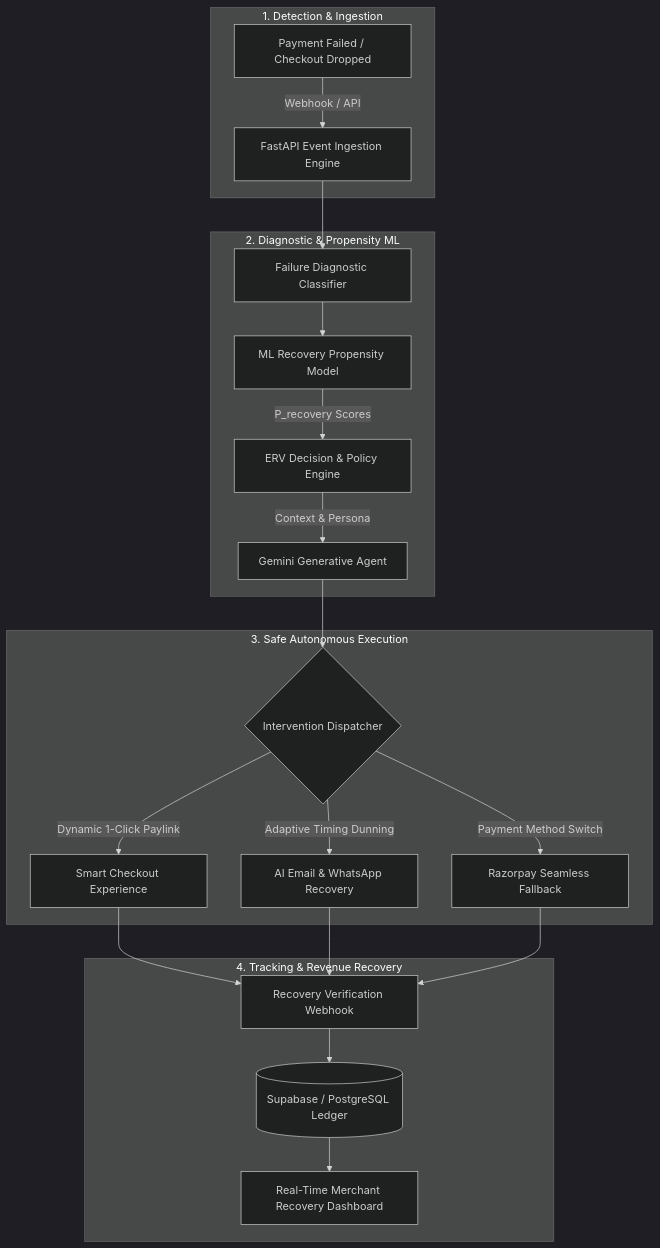
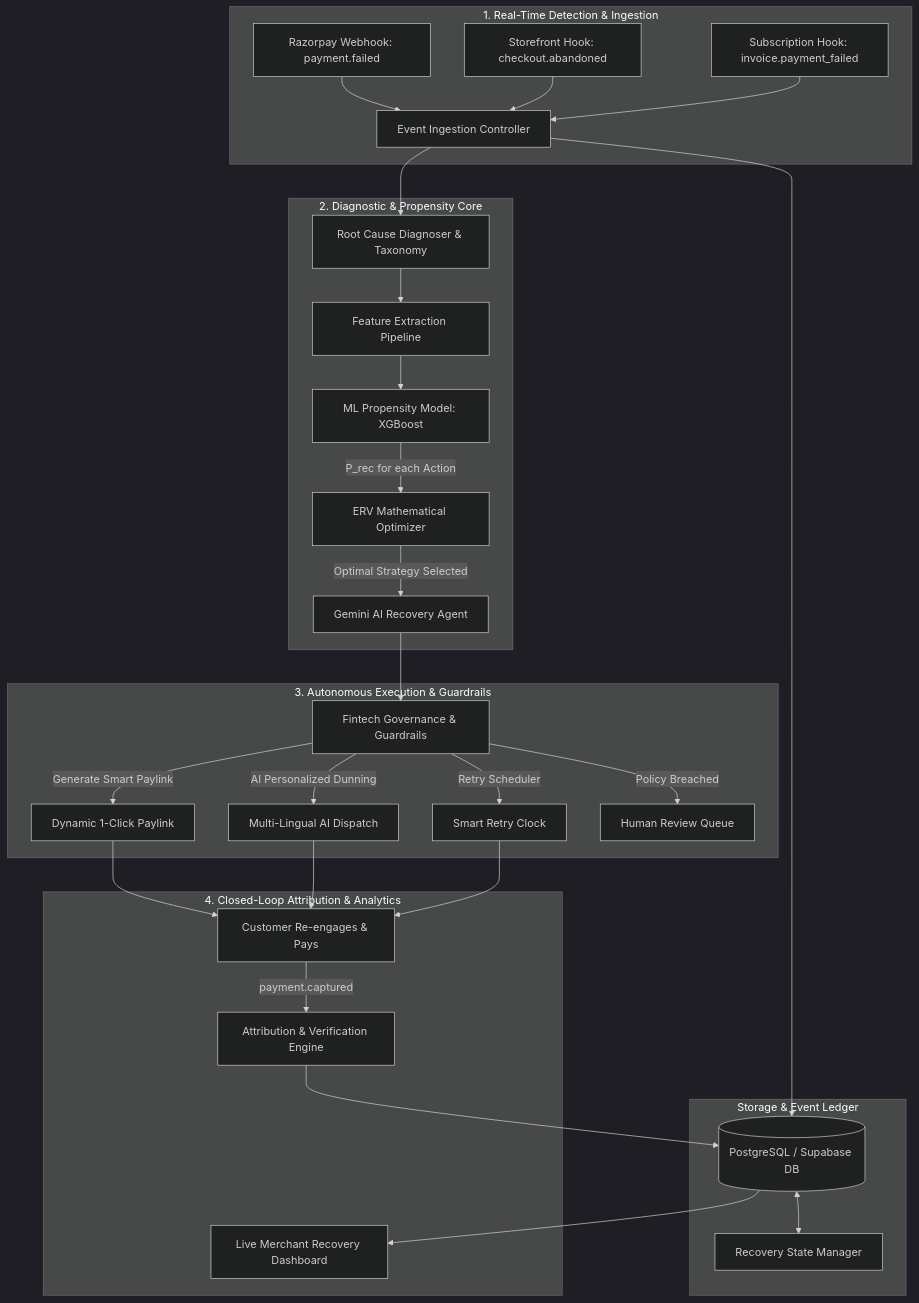
One commit to Kawin13/RecoverAi changed the diagram in README.md. Above: the diagram before and after it, drawn with Mermaid (dark theme). The commit also changed other lines of this file and 24 other files, not shown here.

Commit message:
feat: live Supabase DB migration, RBAC management, and comprehensive documentation

````diff
--- a/README.md
+++ b/README.md
@@ -32,28 +30,43 @@
 ```mermaid
 flowchart TD
-    subgraph Ingestion ["1. Detection & Ingestion"]
-        A[Payment Failed / Checkout Dropped] -->|Webhook / API| B[FastAPI Event Ingestion Engine]
+    %% Events & Inputs
+    subgraph INGESTION ["1. Real-Time Detection & Ingestion"]
+        E1[Razorpay Webhook: payment.failed] --> AG[Event Ingestion Controller]
+        E2[Storefront Hook: checkout.abandoned] --> AG
+        E3[Subscription Hook: invoice.payment_failed] --> AG
     end
 
-    subgraph Intelligence ["2. Diagnostic & Propensity ML"]
-        B --> C[Failure Diagnostic Classifier]
-        C --> D[ML Recovery Propensity Model]
-        D -->|P_recovery Scores| E[ERV Decision & Policy Engine]
-        E -->|Context & Persona| F[Gemini Generative Agent]
+    %% State & Storage
+    subgraph PERSISTENCE ["Storage & Event Ledger"]
+        AG --> DB[(PostgreSQL / Supabase DB)]
+        DB <--> STATE[Recovery State Manager]
     end
 
-    subgraph Execution ["3. Safe Autonomous Execution"]
-        F --> G{Intervention Dispatcher}
-        G -->|Dynamic 1-Click Paylink| H[Smart Checkout Experience]
-        G -->|Adaptive Timing Dunning| I[AI Email & WhatsApp Recovery]
-        G -->|Payment Method Switch| J[Razorpay Seamless Fallback]
+    %% Intelligence Layer
+    subgraph INTELLIGENCE ["2. Diagnostic & Propensity Core"]
+        AG --> DIAG[Root Cause Diagnoser & Taxonomy]
+        DIAG --> FEAT[Feature Extraction Pipeline]
+        FEAT --> ML_PROP[ML Propensity Model: XGBoost]
+        ML_PROP -->|P_rec for each Action| ERV_OPT[ERV Mathematical Optimizer]
+        ERV_OPT -->|Optimal Strategy Selected| AGENT_ORCH[Gemini AI Recovery Agent]
     end
 
-    subgraph Attribution ["4. Tracking & Revenue Recovery"]
-        H --> K[Recovery Verification Webhook]
-        I --> K
-        J --> K
-        K --> L[(Supabase / PostgreSQL Ledger)]
-        L --> M[Real-Time Merchant Recovery Dashboard]
+    %% Execution Layer
+    subgraph EXECUTION ["3. Autonomous Execution & Guardrails"]
+        AGENT_ORCH --> GUARD[Fintech Governance & Guardrails]
+        GUARD -->|Generate Smart Paylink| ACT_PAYLINK[Dynamic 1-Click Paylink]
+        GUARD -->|AI Personalized Dunning| ACT_COMM[Multi-Lingual AI Dispatch]
+        GUARD -->|Retry Scheduler| ACT_RETRY[Smart Retry Clock]
+        GUARD -->|Policy Breached| ACT_APPROVAL[Human Review Queue]
+    end
+
+    %% Attribution Layer
+    subgraph ATTRIBUTION ["4. Closed-Loop Attribution & Analytics"]
+        ACT_PAYLINK --> CUST[Customer Re-engages & Pays]
+        ACT_COMM --> CUST
+        ACT_RETRY --> CUST
+        CUST -->|payment.captured| VERIFY[Attribution & Verification Engine]
+        VERIFY --> DB
+        DB --> DASH[Live Merchant Recovery Dashboard]
     end
 ```
````
